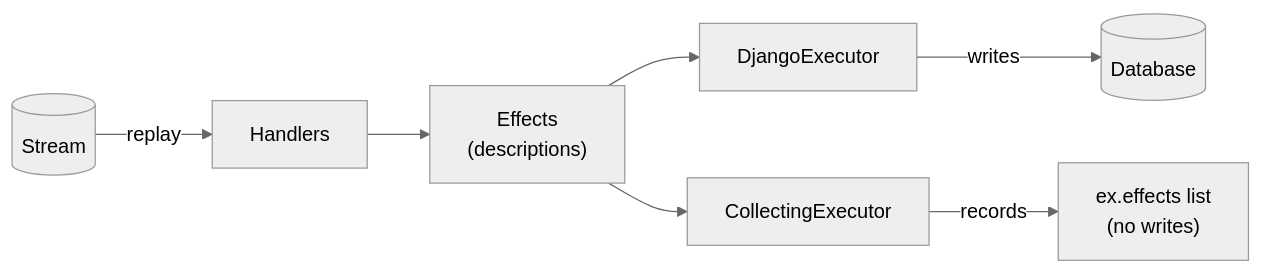
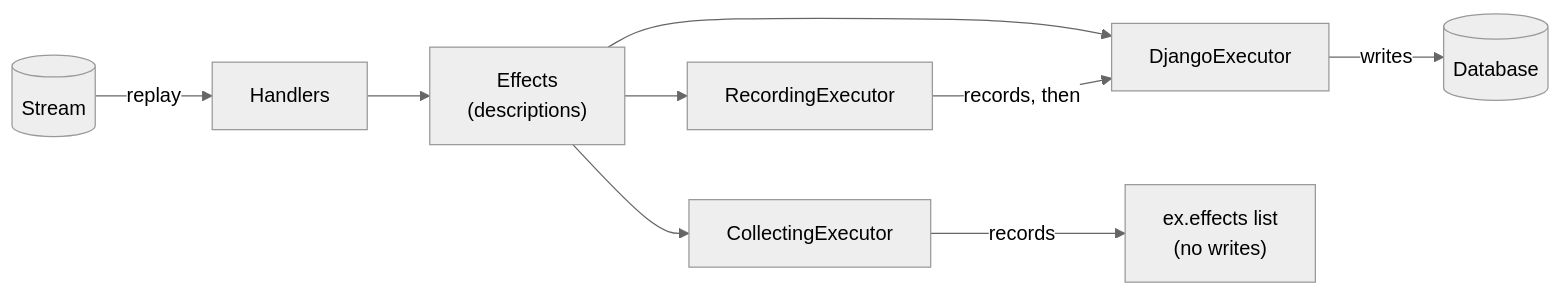
The diagram in docs/dry-run-and-executors.md (joshbrooks/rakaia), drawn with Mermaid (neutral theme) before and after one commit. The commit also changed other lines of this file and 11 other files, not shown here.

````diff
--- a/docs/dry-run-and-executors.md
+++ b/docs/dry-run-and-executors.md
@@ -21,6 +21,7 @@
 ```mermaid
 flowchart LR
   S[("Stream")] -->|replay| H["Handlers"] --> E["Effects<br/>(descriptions)"]
   E --> DE["DjangoExecutor"] -->|writes| DB[("Database")]
   E --> CE["CollectingExecutor"] -->|records| L["ex.effects list<br/>(no writes)"]
+  E --> RE["RecordingExecutor"] -->|records, then| DE
 ```
````
